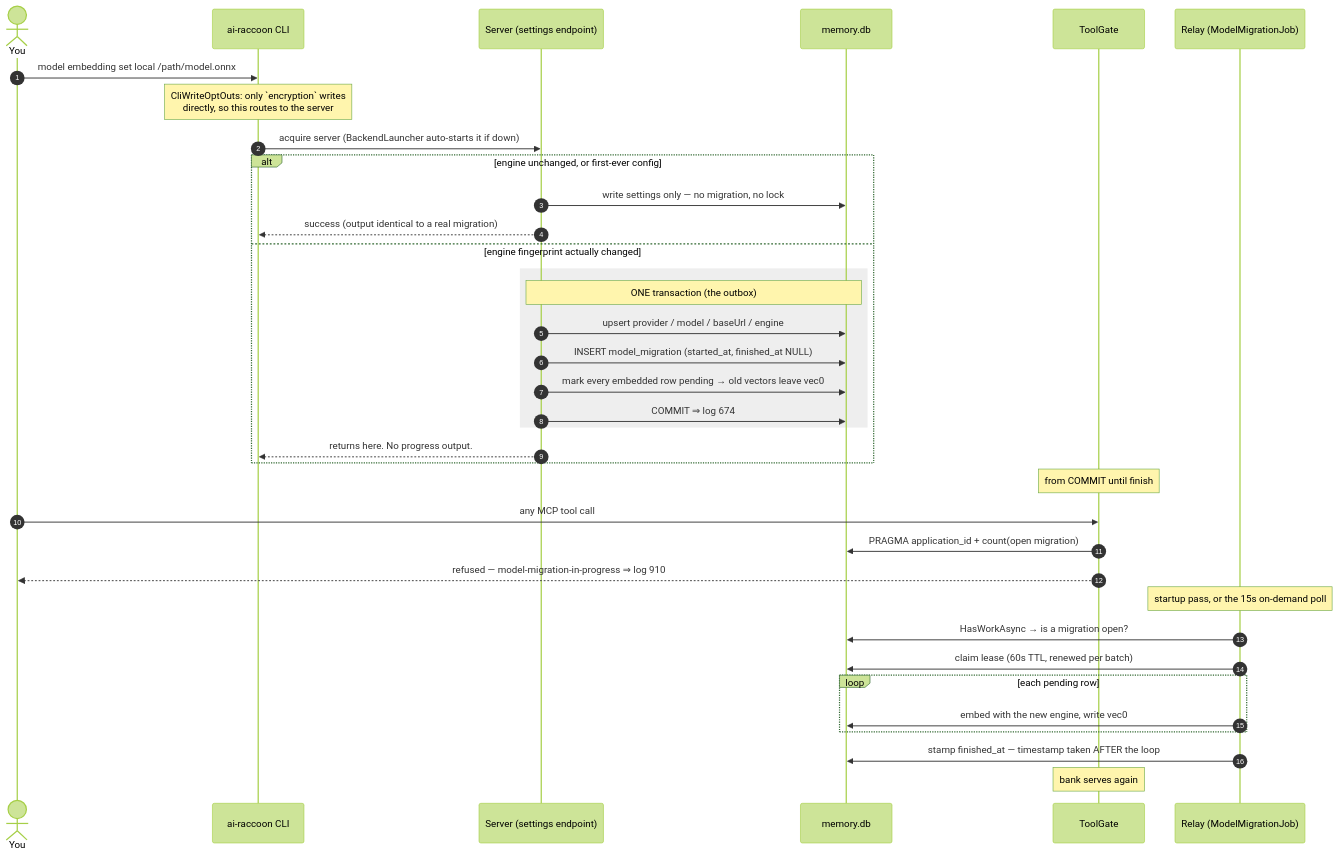
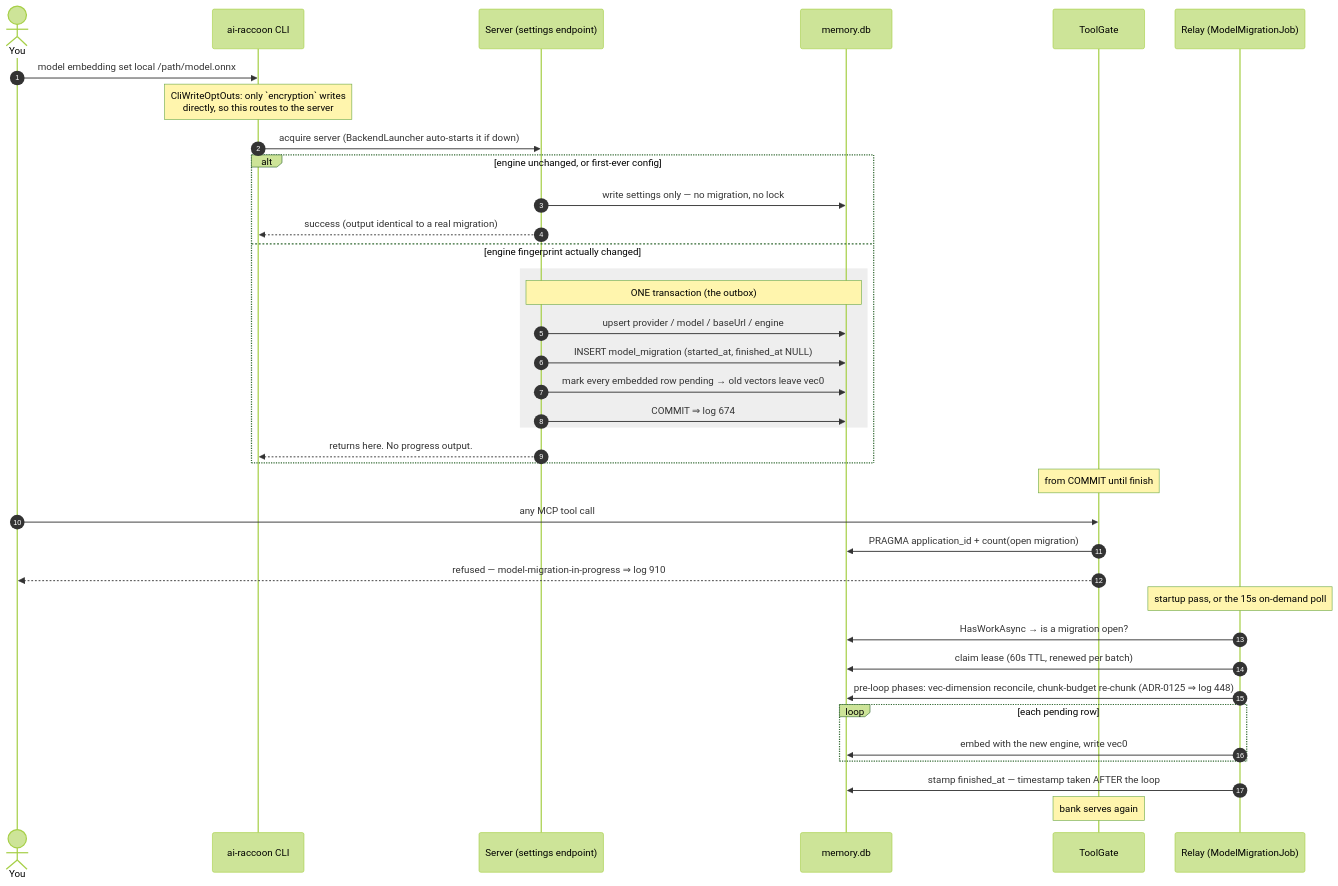
The diagram in docs/explanation/model-migration-flow.md (Arasz/ai-raccoon), drawn with Mermaid (forest theme) before and after one commit. The commit also changed 7 other files, not shown here.

````diff
--- a/docs/explanation/model-migration-flow.md
+++ b/docs/explanation/model-migration-flow.md
@@ -65,42 +65,43 @@
 ```mermaid
 sequenceDiagram
     autonumber
     actor U as You
     participant CLI as ai-raccoon CLI
     participant S as Server (settings endpoint)
     participant DB as memory.db
     participant G as ToolGate
     participant R as Relay (ModelMigrationJob)
 
     U->>CLI: model embedding set local /path/model.onnx
     Note over CLI: CliWriteOptOuts: only `encryption` writes<br/>directly, so this routes to the server
     CLI->>S: acquire server (BackendLauncher auto-starts it if down)
 
     alt engine unchanged, or first-ever config
         S->>DB: write settings only — no migration, no lock
         S-->>CLI: success (output identical to a real migration)
     else engine fingerprint actually changed
         rect rgb(238,238,238)
             Note over S,DB: ONE transaction (the outbox)
             S->>DB: upsert provider / model / baseUrl / engine
             S->>DB: INSERT model_migration (started_at, finished_at NULL)
             S->>DB: mark every embedded row pending → old vectors leave vec0
             S->>DB: COMMIT ⇒ log 674
         end
         S-->>CLI: returns here. No progress output.
     end
 
     Note over G: from COMMIT until finish
     U->>G: any MCP tool call
     G->>DB: PRAGMA application_id + count(open migration)
     G-->>U: refused — model-migration-in-progress ⇒ log 910
 
     Note over R: startup pass, or the 15s on-demand poll
     R->>DB: HasWorkAsync → is a migration open?
     R->>DB: claim lease (60s TTL, renewed per batch)
+    R->>DB: pre-loop phases: vec-dimension reconcile, chunk-budget re-chunk (ADR-0125 ⇒ log 448)
     loop each pending row
         R->>DB: embed with the new engine, write vec0
     end
     R->>DB: stamp finished_at — timestamp taken AFTER the loop
     Note over G: bank serves again
 ```
````
